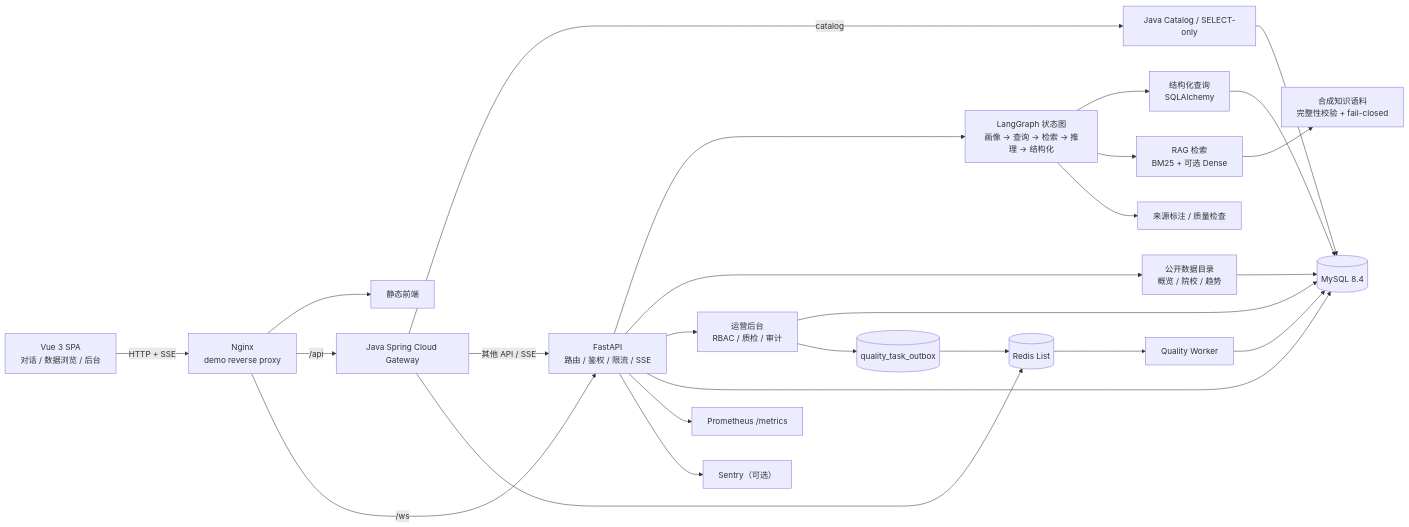
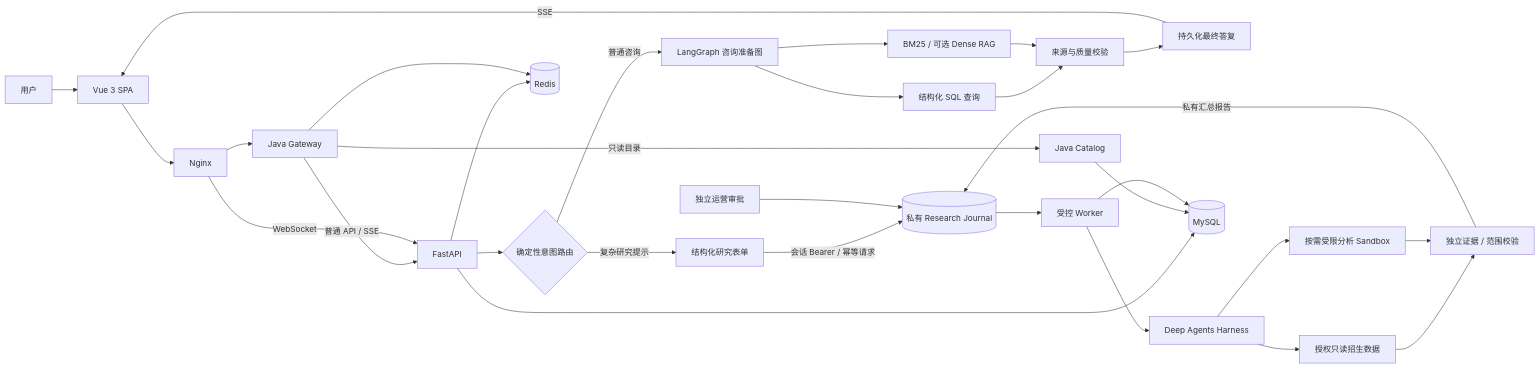
Before and after one commit to Xander-Xai/Gaobao-Advisor: the first of 3 diagrams in README.md, drawn with Mermaid. The commit also changed other lines of this file and 25 other files, not shown here.

````diff
--- a/README.md
+++ b/README.md
@@ -242,33 +21,34 @@
 ```mermaid
 flowchart LR
-    Browser["Vue 3 SPA<br/>对话 / 数据浏览 / 后台"] -->|HTTP + SSE| Nginx["Nginx<br/>demo reverse proxy"]
-    Nginx --> SPA["静态前端"]
-    Nginx -->|/api| Gateway["Java Spring Cloud Gateway"]
-    Nginx -->|/ws| API["FastAPI<br/>路由 / 鉴权 / 限流 / SSE"]
-    Gateway -->|catalog| Catalog["Java Catalog / SELECT-only"]
-    Gateway -->|其他 API / SSE| API
+    User[用户] --> Vue[Vue 3 SPA]
+    Vue --> Nginx[Nginx]
+    Nginx --> Gateway[Java Gateway]
+    Gateway -->|普通 API / SSE| API[FastAPI]
+    Gateway -->|只读目录| Catalog[Java Catalog]
+    Nginx -->|WebSocket| API
 
-    API --> Graph["LangGraph 状态图<br/>画像 → 查询 → 检索 → 推理 → 结构化"]
-    API --> DataAPI["公开数据目录<br/>概览 / 院校 / 趋势"]
-    API --> Admin["运营后台<br/>RBAC / 质检 / 审计"]
+    API --> Route{确定性意图路由}
+    Route -->|普通咨询| Graph[LangGraph 咨询准备图]
+    Graph --> SQL[结构化 SQL 查询]
+    Graph --> RAG[BM25 / 可选 Dense RAG]
+    SQL --> Evidence[来源与质量校验]
+    RAG --> Evidence
+    Evidence --> Persist[持久化最终答复]
+    Persist -->|SSE| Vue
+    Route -->|复杂研究提示| Form[结构化研究表单]
+    Form -->|会话 Bearer / 幂等请求| Journal[(私有 Research Journal)]
+    Operator[独立运营审批] --> Journal
+    Journal --> Worker[受控 Worker]
+    Worker --> Harness[Deep Agents Harness]
+    Harness --> ReadSQL[授权只读招生数据]
+    Harness --> Sandbox[按需受限分析 Sandbox]
+    ReadSQL --> Verify[独立证据 / 范围校验]
+    Sandbox --> Verify
+    Verify -->|私有汇总报告| Journal
 
-    Graph --> SQL["结构化查询<br/>SQLAlchemy"]
-    Graph --> RAG["RAG 检索<br/>BM25 + 可选 Dense"]
-    Graph --> Quality["来源标注 / 质量检查"]
-
-    SQL --> DB[("MySQL 8.4")]
-    Catalog --> DB
+    API --> MySQL[(MySQL)]
+    Catalog --> MySQL
+    API --> Redis[(Redis)]
     Gateway --> Redis
-    API --> DB
-    DataAPI --> DB
-    Admin --> DB
-    RAG --> Corpus["合成知识语料<br/>完整性校验 + fail-closed"]
-
-    Admin --> Outbox[("quality_task_outbox")]
-    Outbox --> Redis[("Redis List")]
-    Redis --> Worker["Quality Worker"]
-    Worker --> DB
-
-    API --> Metrics["Prometheus /metrics"]
-    API --> Sentry["Sentry（可选）"]
+    Worker --> MySQL
 ```
````
